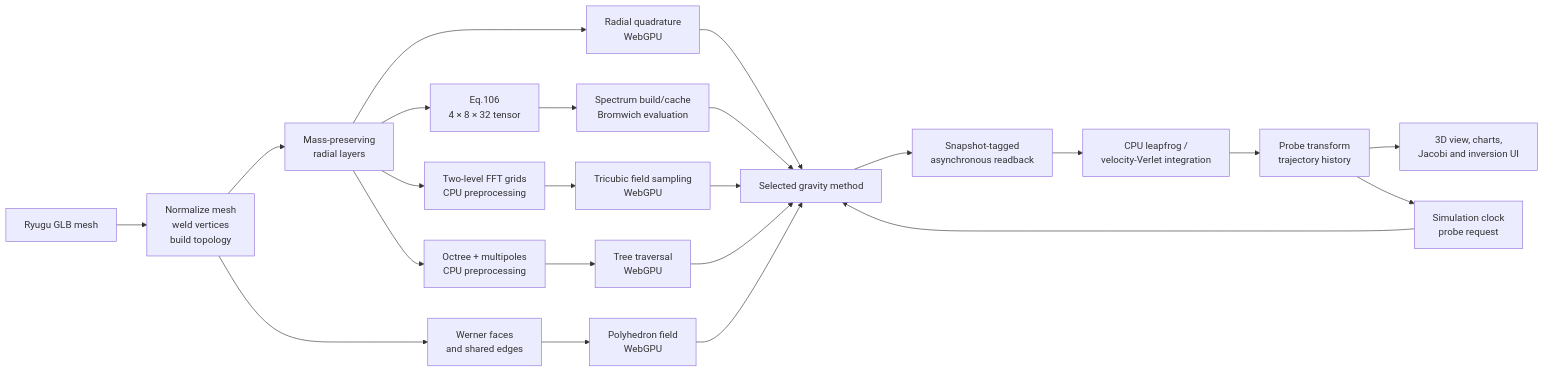
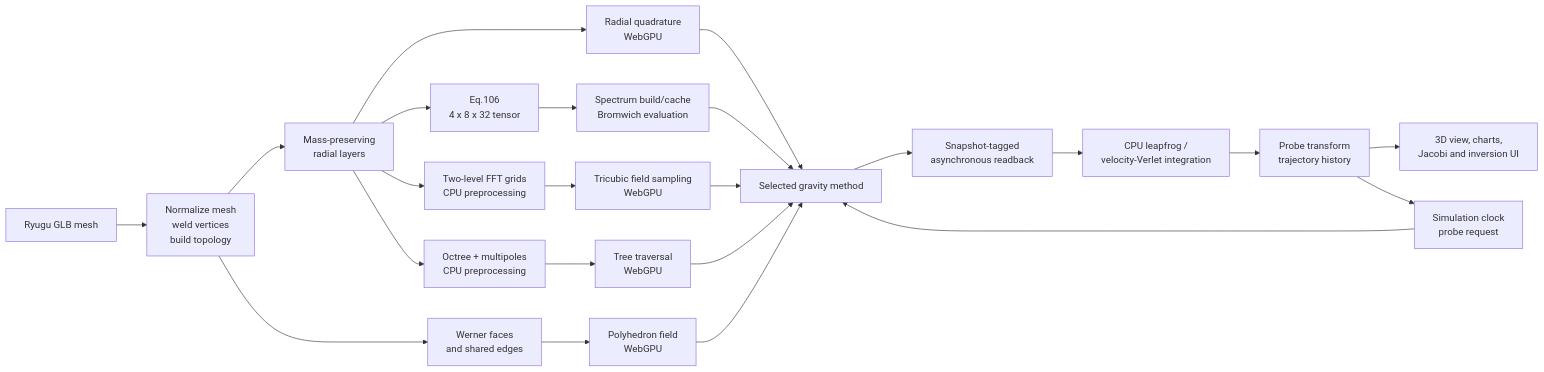
The second of 4 diagrams in README.md (Tom-Jim/RyuGu_WASM), drawn with Mermaid before and after one commit. The commit also changed other lines of this file and 34 other files, not shown here.

````diff
--- a/README.md
+++ b/README.md
@@ -190,29 +190,29 @@
 ```mermaid
 flowchart LR
     Mesh["Ryugu GLB mesh"] --> Topology["Normalize mesh<br/>weld vertices<br/>build topology"]
     Topology --> RadialSource["Mass-preserving<br/>radial layers"]
     Topology --> WernerSource["Werner faces<br/>and shared edges"]
 
     RadialSource --> RadialGPU["Radial quadrature<br/>WebGPU"]
-    RadialSource --> EqSource["Eq.106<br/>4 × 8 × 32 tensor"]
+    RadialSource --> EqSource["Eq.106<br/>4 x 8 x 32 tensor"]
     RadialSource --> MMFFTBuild["Two-level FFT grids<br/>CPU preprocessing"]
     RadialSource --> FMMBuild["Octree + multipoles<br/>CPU preprocessing"]
 
     EqSource --> EqGPU["Spectrum build/cache<br/>Bromwich evaluation"]
     MMFFTBuild --> MMFFTGPU["Tricubic field sampling<br/>WebGPU"]
     FMMBuild --> FMMGPU["Tree traversal<br/>WebGPU"]
     WernerSource --> WernerGPU["Polyhedron field<br/>WebGPU"]
 
     Clock["Simulation clock<br/>probe request"] --> Select["Selected gravity method"]
     RadialGPU --> Select
     WernerGPU --> Select
     EqGPU --> Select
     MMFFTGPU --> Select
     FMMGPU --> Select
 
     Select --> Readback["Snapshot-tagged<br/>asynchronous readback"]
     Readback --> Physics["CPU leapfrog /<br/>velocity-Verlet integration"]
     Physics --> State["Probe transform<br/>trajectory history"]
     State --> UI["3D view, charts,<br/>Jacobi and inversion UI"]
     State --> Clock
 ```
````
